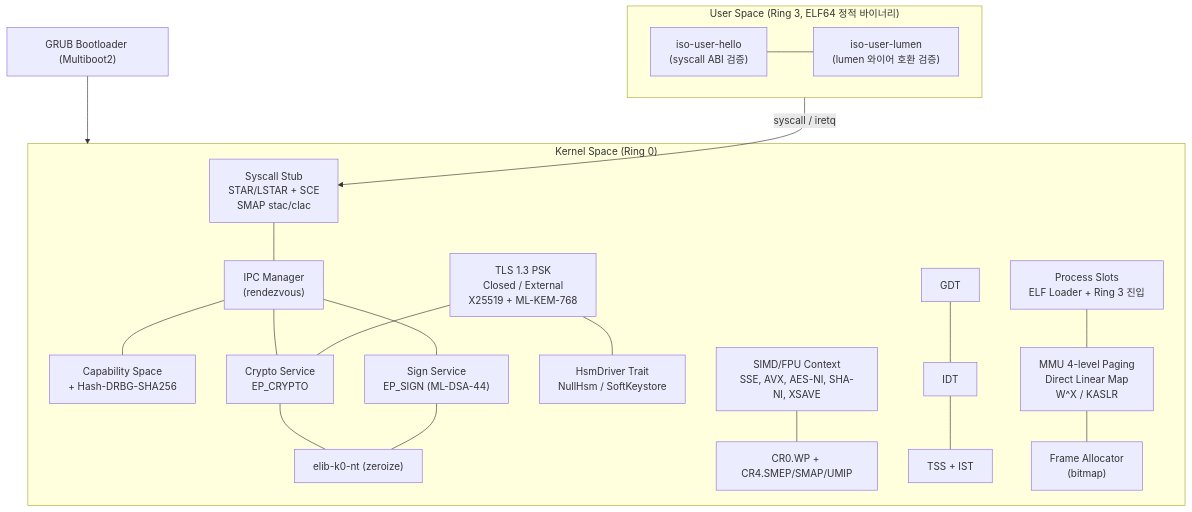
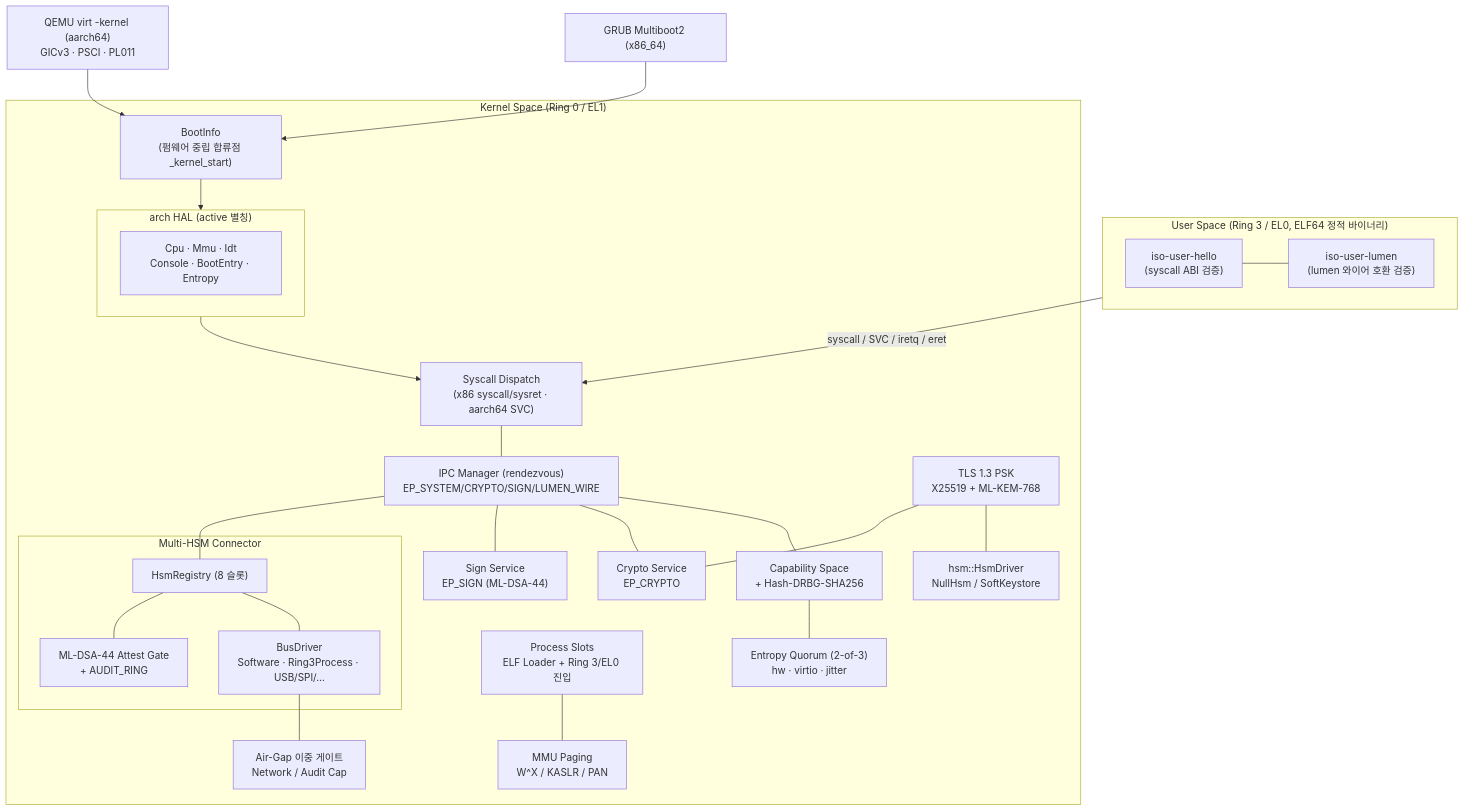
One commit to Quant-Off/iso-light-k0 changed the first of 5 diagrams in INTRODUCTION.md. Above: the diagram before and after it, drawn with Mermaid. The commit also changed other lines of this file and 3 other files, not shown here.

Commit message:
README INTRODUCTION 최신화와 영문 번역 재작성 - 멀티 아키텍처 HAL 과 Multi-HSM Connector air-gap 엔트로피 쿼럼 기능 반영 - 모듈 경로 syscall 카탈로그 IPC 엔드포인트 로드맵 실코드 정합 - README_EN INTRODUCTION_EN 최신 원본 기준 전면 영문 번역

````diff
--- a/INTRODUCTION.md
+++ b/INTRODUCTION.md
@@ -20,44 +28,52 @@
 ```mermaid
 flowchart TB
-    GRUB["GRUB Bootloader (Multiboot2)"]
+    GRUB["GRUB Multiboot2 (x86_64)"]
+    VIRT["QEMU virt -kernel (aarch64)<br/>GICv3 · PSCI · PL011"]
 
-    subgraph User["User Space (Ring 3, ELF64 정적 바이너리)"]
+    subgraph User["User Space (Ring 3 / EL0, ELF64 정적 바이너리)"]
         Hello["iso-user-hello<br/>(syscall ABI 검증)"]
         Lumen["iso-user-lumen<br/>(lumen 와이어 호환 검증)"]
         Hello --- Lumen
     end
 
-    subgraph Kernel["Kernel Space (Ring 0)"]
-        Syscall["Syscall Stub<br/>STAR/LSTAR + SCE<br/>SMAP stac/clac"]
-        IPC["IPC Manager<br/>(rendezvous)"]
-        CapSpace["Capability Space<br/>+ Hash-DRBG-SHA256"]
+    subgraph Kernel["Kernel Space (Ring 0 / EL1)"]
+        Boot["BootInfo<br/>(펌웨어 중립 합류점 _kernel_start)"]
+        subgraph HAL["arch HAL (active 별칭)"]
+            HALt["Cpu · Mmu · Idt<br/>Console · BootEntry · Entropy"]
+        end
+        Syscall["Syscall Dispatch<br/>(x86 syscall/sysret · aarch64 SVC)"]
+        IPC["IPC Manager (rendezvous)<br/>EP_SYSTEM/CRYPTO/SIGN/LUMEN_WIRE"]
+        Cap["Capability Space<br/>+ Hash-DRBG-SHA256"]
         Crypto["Crypto Service<br/>EP_CRYPTO"]
         Sign["Sign Service<br/>EP_SIGN (ML-DSA-44)"]
-        TLS["TLS 1.3 PSK<br/>Closed / External<br/>X25519 + ML-KEM-768"]
-        HSM["HsmDriver Trait<br/>NullHsm / SoftKeystore"]
-        Process["Process Slots<br/>ELF Loader + Ring 3 진입"]
-        Zeroize["elib-k0-nt (zeroize)"]
-        MMU["MMU 4-level Paging<br/>Direct Linear Map<br/>W^X / KASLR"]
-        SIMD["SIMD/FPU Context<br/>SSE, AVX, AES-NI, SHA-NI, XSAVE"]
-        SecBits["CR0.WP + CR4.SMEP/SMAP/UMIP"]
-        GDT["GDT"]
-        IDT["IDT"]
-        TSS["TSS + IST"]
-        Alloc["Frame Allocator<br/>(bitmap)"]
-        Syscall --- IPC
-        IPC --- CapSpace
-        IPC --- Crypto
-        IPC --- Sign
-        Crypto --- Zeroize
-        Sign --- Zeroize
-        TLS --- HSM
-        TLS --- Crypto
-        Process --- MMU
-        MMU --- Alloc
-        SIMD --- SecBits
-        GDT --- IDT --- TSS
+        TLS["TLS 1.3 PSK<br/>X25519 + ML-KEM-768"]
+        subgraph HSM["Multi-HSM Connector"]
+            Reg["HsmRegistry (8 슬롯)"]
+            Bus["BusDriver<br/>Software · Ring3Process · USB/SPI/…"]
+            Attest["ML-DSA-44 Attest Gate<br/>+ AUDIT_RING"]
+        end
+        PSK["hsm::HsmDriver<br/>NullHsm / SoftKeystore"]
+        Gap["Air-Gap 이중 게이트<br/>Network / Audit Cap"]
+        Entropy["Entropy Quorum (2-of-3)<br/>hw · virtio · jitter"]
+        MMU["MMU Paging<br/>W^X / KASLR / PAN"]
+        Proc["Process Slots<br/>ELF Loader + Ring 3/EL0 진입"]
     end
 
-    GRUB --> Kernel
-    User -- "syscall / iretq" --> Syscall
+    GRUB --> Boot
+    VIRT --> Boot
+    Boot --> HAL
+    HAL --> Syscall
+    Syscall --- IPC
+    IPC --- Cap
+    IPC --- Crypto
+    IPC --- Sign
+    IPC --- Reg
+    Reg --- Bus
+    Reg --- Attest
+    Bus --- Gap
+    Cap --- Entropy
+    TLS --- PSK
+    TLS --- Crypto
+    Proc --- MMU
+    User -- "syscall / SVC / iretq / eret" --> Syscall
 ```
````
